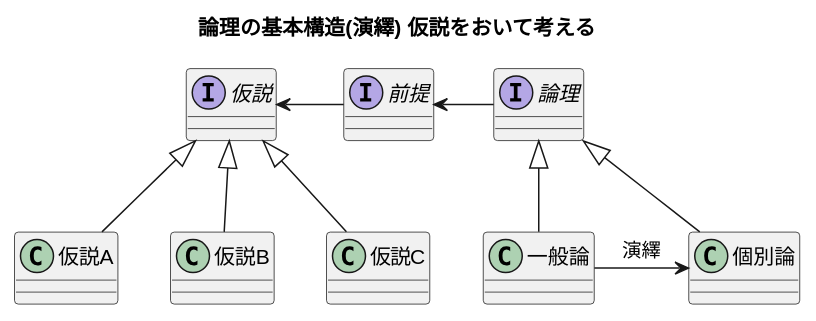
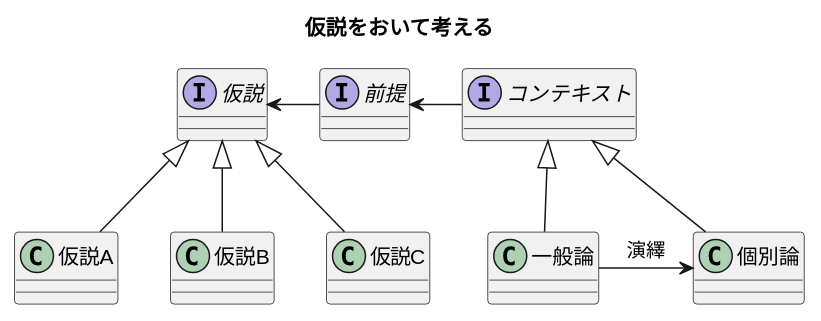
One commit to k2works/pragmatic-presentation-exercise-2024 changed the tenth of 19 diagrams in docs/slides/episode03.md. Above: the diagram before and after it, drawn with PlantUML. The commit also changed other lines of this file, not shown here.

````diff
--- a/docs/slides/episode03.md
+++ b/docs/slides/episode03.md
@@ -227,33 +345,33 @@
 ```plantuml
 @startuml
 
-title 論理の基本構造(演繹) 仮説をおいて考える
+title 仮説をおいて考える
 
 
-interface "論理" as A 
+interface "コンテキスト" as A 
 
 class "一般論" as B
 
 class "個別論" as C
 
 interface "前提" as D 
 
 interface "仮説" as E
 
 class "仮説A" as F
 
 class "仮説B" as G
 
 class "仮説C" as H
 
 D <- A
 E <- D
 E <|-- F
 E <|-- G
 E <|-- H
 A <|-- B
 A <|-- C
 B -> C : 演繹
 
 @enduml
 ```
````
